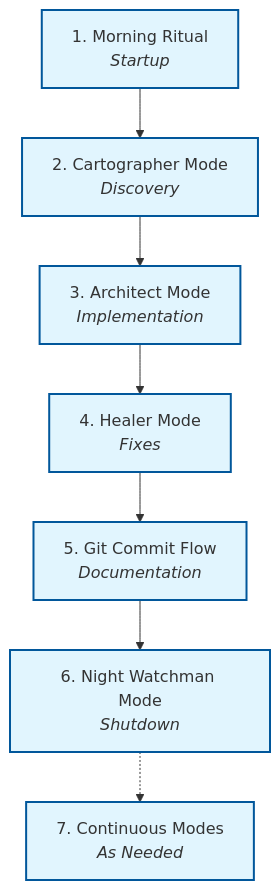
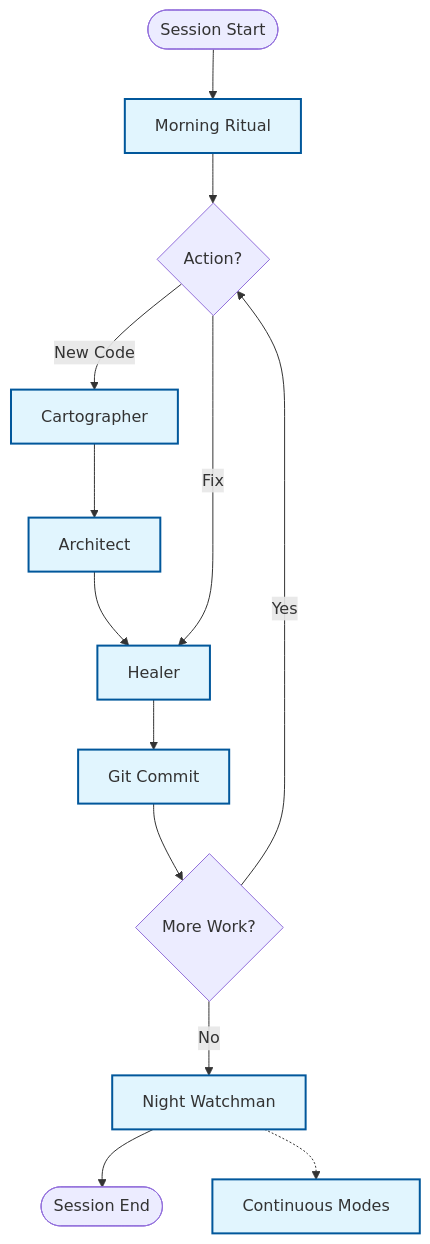
Before and after one commit to yashwant-das/smart-playwright-agent-protocol: the first of 2 diagrams in .ai/1_CONTEXT/workflow.md, drawn with Mermaid. The commit also changed other lines of this file and 1 other file, not shown here.

Commit message:
feat: Enhance workflow documentation with an updated mermaid diagram, new example prompts, and standardized formatting.

````diff
--- a/.ai/1_CONTEXT/workflow.md
+++ b/.ai/1_CONTEXT/workflow.md
@@ -13,12 +27,22 @@
 ```mermaid
 graph TD
-    P1[1. Morning Ritual<br/><i>Startup</i>] --> P2[2. Cartographer Mode<br/><i>Discovery</i>]
-    P2 --> P3[3. Architect Mode<br/><i>Implementation</i>]
-    P3 --> P4[4. Healer Mode<br/><i>Fixes</i>]
-    P4 --> P5[5. Git Commit Flow<br/><i>Documentation</i>]
-    P5 --> P6[6. Night Watchman Mode<br/><i>Shutdown</i>]
-    P6 -.-> P7[7. Continuous Modes<br/><i>As Needed</i>]
+    Start([Session Start]) --> MR["Morning Ritual"]
+    MR --> Decision{Action?}
+    
+    Decision -->|New Code| Cart["Cartographer"]
+    Cart --> Arch["Architect"]
+    Arch --> Heal["Healer"]
+    Heal --> Git["Git Commit"]
+    
+    Decision -->|Fix| Heal
+    
+    Git --> Loop{More Work?}
+    Loop -->|Yes| Decision
+    Loop -->|No| NW["Night Watchman"]
+    NW --> End([Session End])
+    
+    NW -.-> Cont["Continuous Modes"]
 
     classDef phase fill:#e1f5fe,stroke:#01579b,stroke-width:2px;
-    class P1,P2,P3,P4,P5,P6,P7 phase;
+    class MR,Cart,Arch,Heal,Git,NW,Cont phase;
 ```
````
